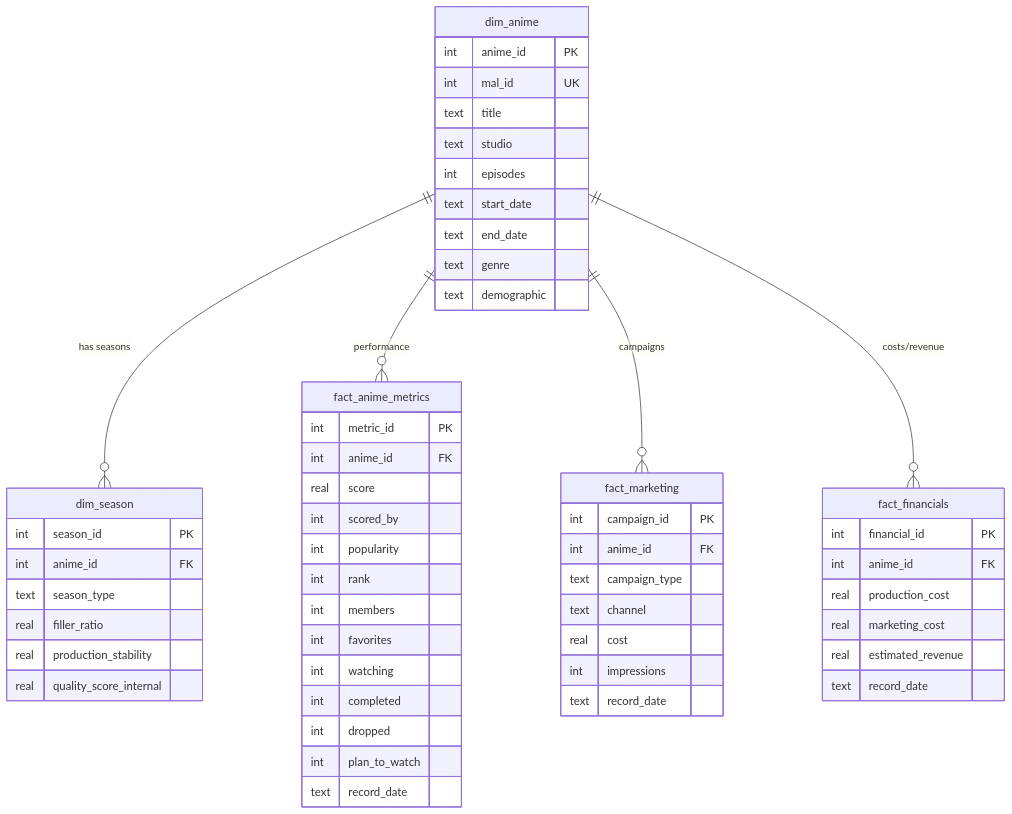
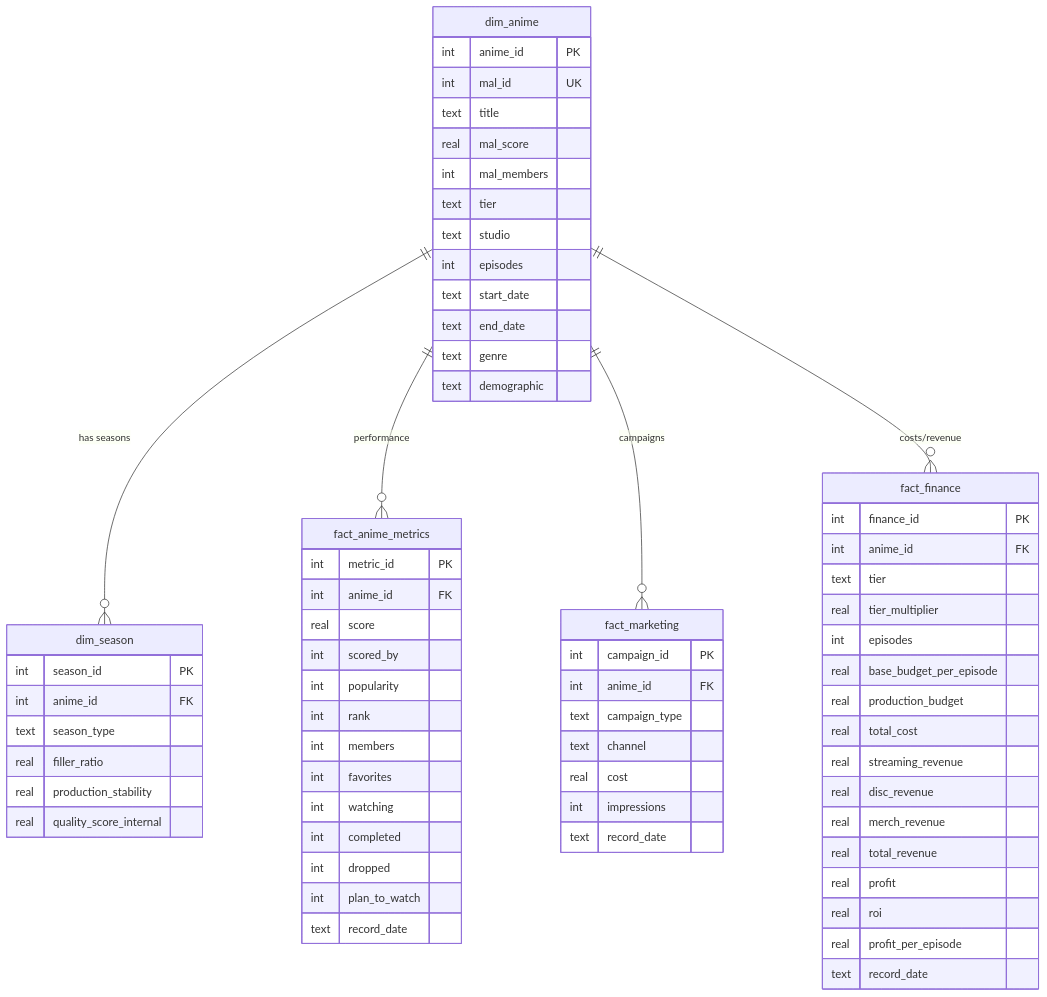
One commit to DylanElo/Portfolio changed the diagram in projects/studio-pierrot-bi/model/model.md. Above: the diagram before and after it, drawn with Mermaid. The commit also changed other lines of this file and 12 other files, not shown here.

````diff
--- a/projects/studio-pierrot-bi/model/model.md
+++ b/projects/studio-pierrot-bi/model/model.md
@@ -8,63 +8,76 @@
 ```mermaid
 erDiagram
     dim_anime ||--o{ dim_season : "has seasons"
     dim_anime ||--o{ fact_anime_metrics : "performance"
     dim_anime ||--o{ fact_marketing : "campaigns"
-    dim_anime ||--o{ fact_financials : "costs/revenue"
+    dim_anime ||--o{ fact_finance : "costs/revenue"
     
     dim_anime {
         int anime_id PK
         int mal_id UK
         text title
+        real mal_score
+        int mal_members
+        text tier
         text studio
         int episodes
         text start_date
         text end_date
         text genre
         text demographic
     }
     
     dim_season {
         int season_id PK
         int anime_id FK
         text season_type
         real filler_ratio
         real production_stability
         real quality_score_internal
     }
     
     fact_anime_metrics {
         int metric_id PK
         int anime_id FK
         real score
         int scored_by
         int popularity
         int rank
         int members
         int favorites
         int watching
         int completed
         int dropped
         int plan_to_watch
         text record_date
     }
     
     fact_marketing {
         int campaign_id PK
         int anime_id FK
         text campaign_type
         text channel
         real cost
         int impressions
         text record_date
     }
     
-    fact_financials {
-        int financial_id PK
+    fact_finance {
+        int finance_id PK
         int anime_id FK
-        real production_cost
-        real marketing_cost
-        real estimated_revenue
+        text tier
+        real tier_multiplier
+        int episodes
+        real base_budget_per_episode
+        real production_budget
+        real total_cost
+        real streaming_revenue
+        real disc_revenue
+        real merch_revenue
+        real total_revenue
+        real profit
+        real roi
+        real profit_per_episode
         text record_date
     }
 ```
````
